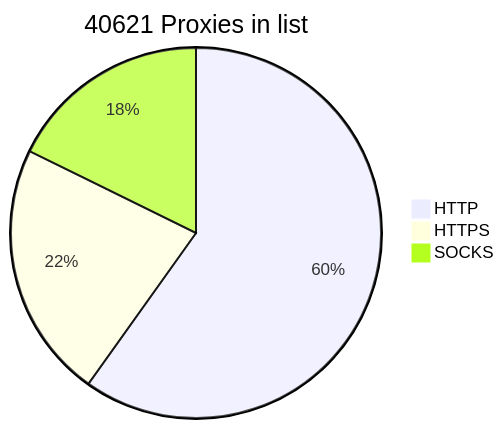
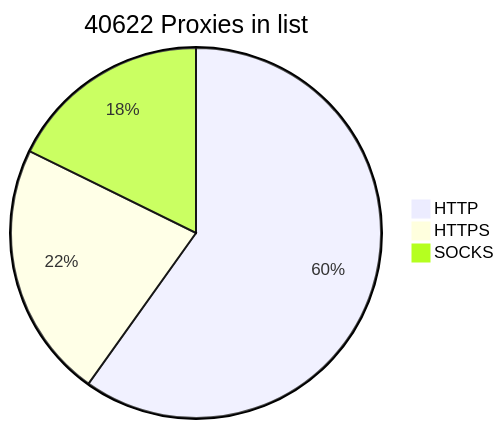
The diagram in README.md (BlackSnowDot/proxylist-update-every-minute), drawn with Mermaid before and after one commit.

````diff
--- a/README.md
+++ b/README.md
@@ -2,6 +2,6 @@
 ```mermaid
-pie title 40621 Proxies in list
-    "HTTP" : 28592
+pie title 40622 Proxies in list
+    "HTTP" : 28593
     "HTTPS": 10705
     "SOCKS" : 8467
 ```
````
